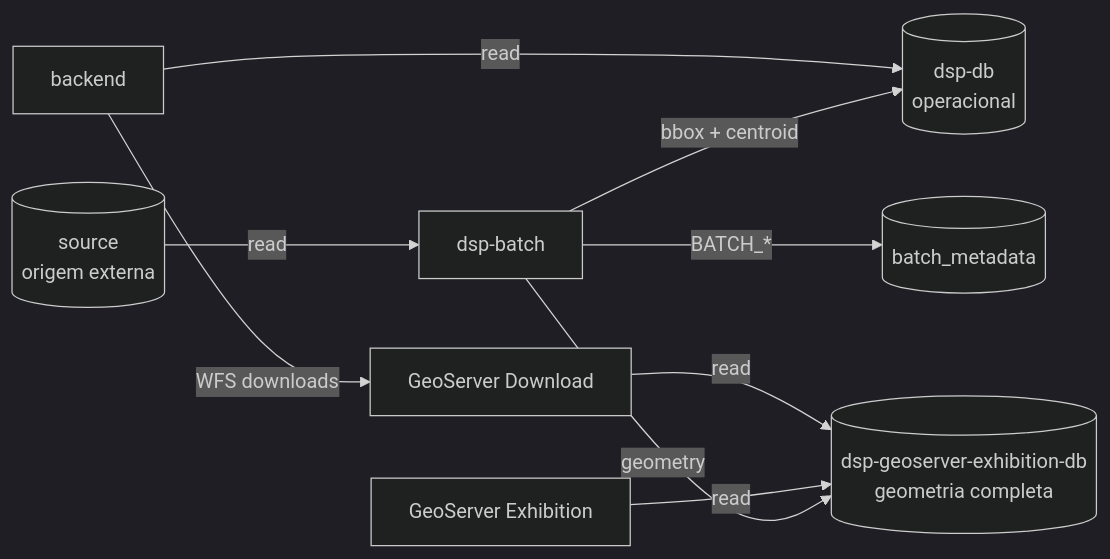
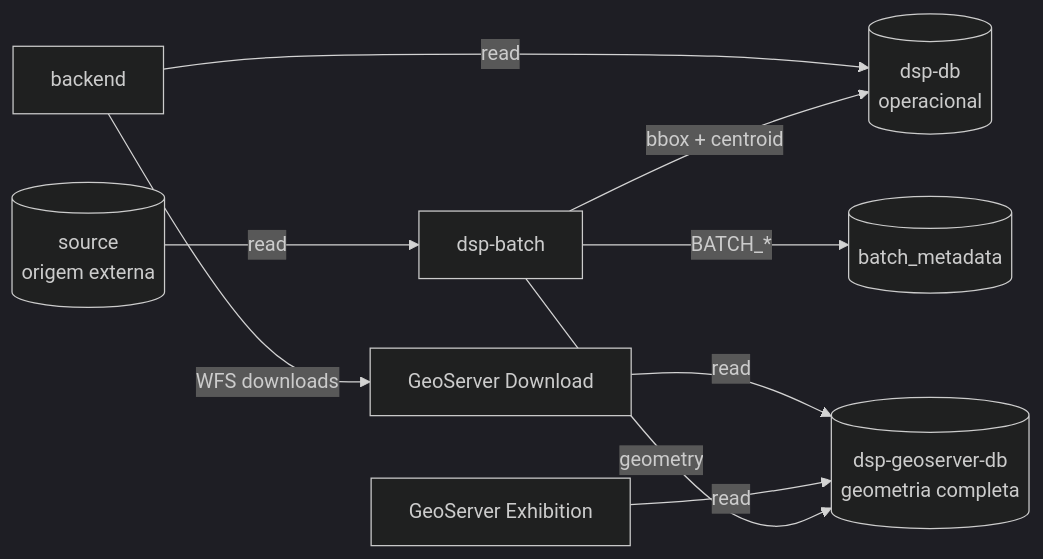
The first of 2 diagrams in docs/architecture/databases.md (kleber-albino/rer-dsp-docs), drawn with Mermaid (dark theme) before and after one commit. The commit also changed other lines of this file and 14 other files, not shown here.

First line of the commit message:
docs: rename ` geoserver-exhibition-db` references to `geoserver-db` across documentation

````diff
--- a/docs/architecture/databases.md
+++ b/docs/architecture/databases.md
@@ -23,20 +23,20 @@
 ```mermaid
 flowchart LR
   src[(source<br/>origem externa)]
   job[dsp-batch]
   dsp[(dsp-db<br/>operacional)]
-  ex[(dsp-geoserver-exhibition-db<br/>geometria completa)]
+  ex[(dsp-geoserver-db<br/>geometria completa)]
   batch[(batch_metadata)]
   api[backend]
   gsEx[GeoServer Exhibition]
   gsDl[GeoServer Download]
 
   src -->|read| job
   job -->|bbox + centroid| dsp
   job -->|geometry| ex
   job -->|BATCH_*| batch
   api -->|read| dsp
   api -->|WFS downloads| gsDl
   gsEx -->|read| ex
   gsDl -->|read| ex
 ```
````
